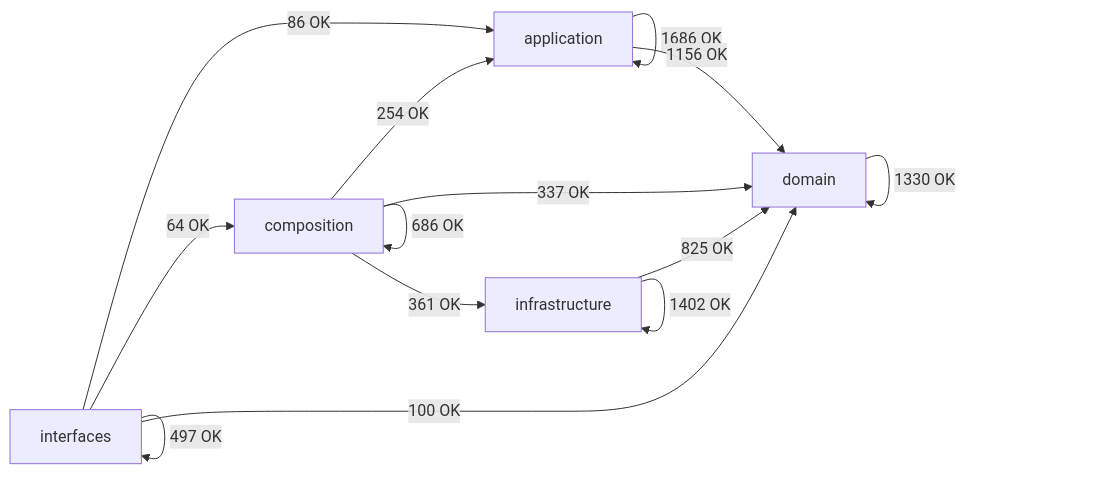
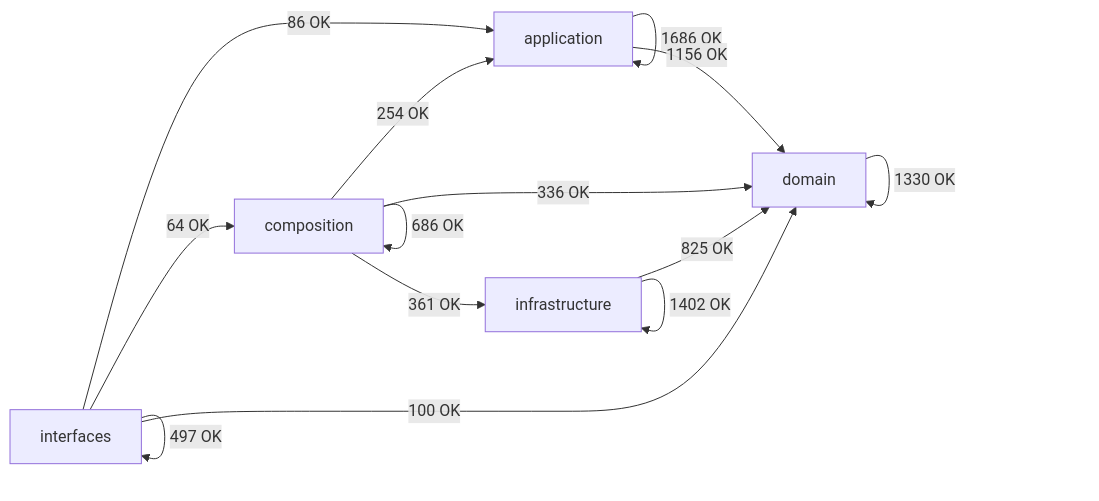
One commit to SatoryKono/BioactivityDataAcquisition changed the diagram in docs/02-architecture/generated/module-dependency-map.md. Above: the diagram before and after it, drawn with Mermaid. The commit also changed other lines of this file and 109 other files, not shown here.

````diff
--- a/docs/02-architecture/generated/module-dependency-map.md
+++ b/docs/02-architecture/generated/module-dependency-map.md
@@ -17,21 +17,21 @@
 ```mermaid
 flowchart LR
     domain[domain]
     application[application]
     infrastructure[infrastructure]
     composition[composition]
     interfaces[interfaces]
     application -->|1686 OK| application
     application -->|1156 OK| domain
     composition -->|254 OK| application
     composition -->|686 OK| composition
-    composition -->|337 OK| domain
+    composition -->|336 OK| domain
     composition -->|361 OK| infrastructure
     domain -->|1330 OK| domain
     infrastructure -->|825 OK| domain
     infrastructure -->|1402 OK| infrastructure
     interfaces -->|86 OK| application
     interfaces -->|64 OK| composition
     interfaces -->|100 OK| domain
     interfaces -->|497 OK| interfaces
 ```
````
